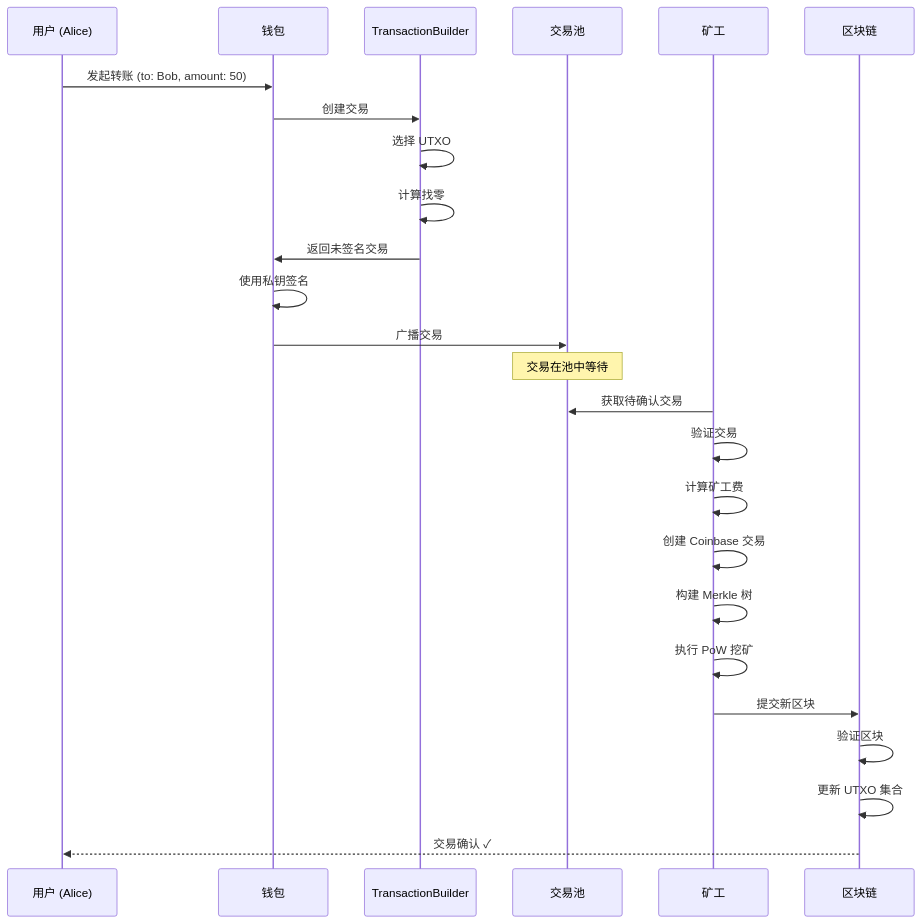
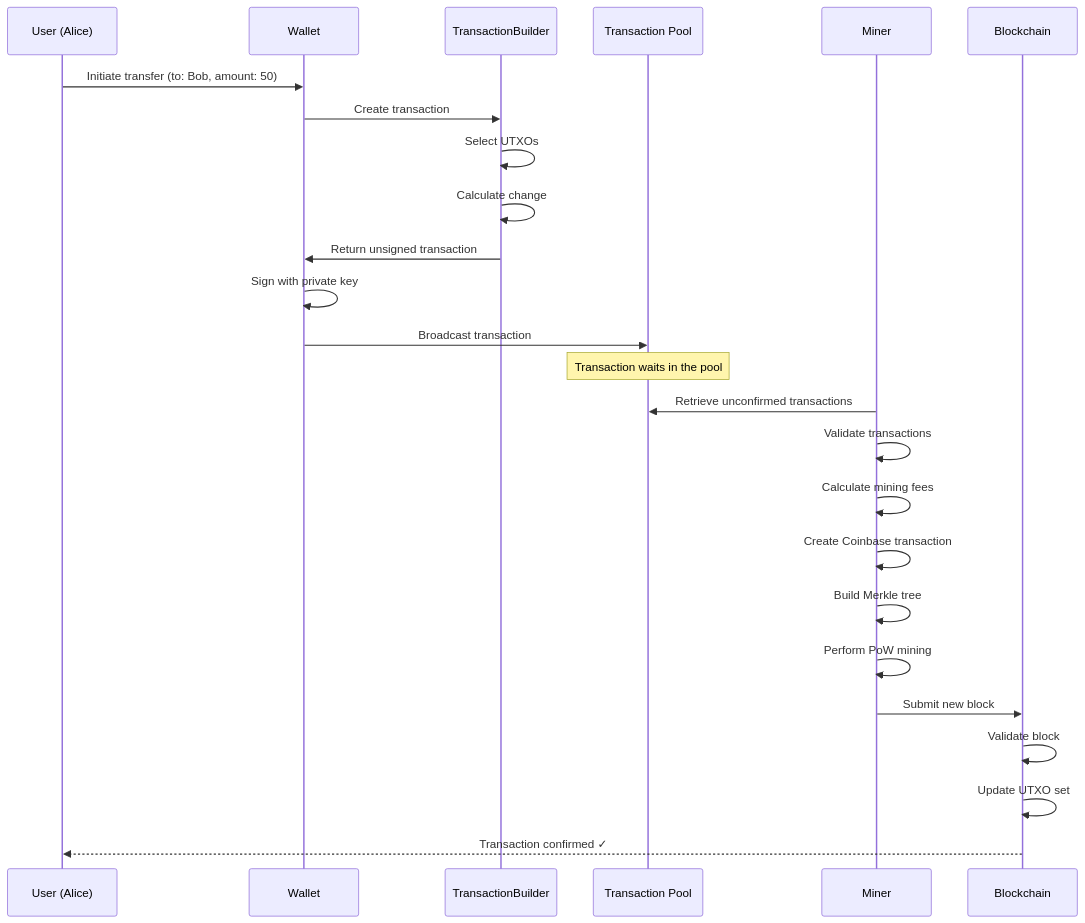
One commit to stefanSuYiGuo/bitcoin-simplifier changed the sixth of 8 diagrams in docs/TECH_DESIGN.md. Above: the diagram before and after it, drawn with Mermaid. The commit also changed other lines of this file, not shown here.

Commit message:
Detail the system architecture and component interactions

````diff
--- a/docs/TECH_DESIGN.md
+++ b/docs/TECH_DESIGN.md
@@ -802,30 +802,30 @@
 ```mermaid
 sequenceDiagram
-    participant U as 用户 (Alice)
-    participant W as 钱包
+    participant U as User (Alice)
+    participant W as Wallet
     participant TB as TransactionBuilder
-    participant TP as 交易池
-    participant M as 矿工
-    participant BC as 区块链
+    participant TP as Transaction Pool
+    participant M as Miner
+    participant BC as Blockchain
     
-    U->>W: 发起转账 (to: Bob, amount: 50)
-    W->>TB: 创建交易
-    TB->>TB: 选择 UTXO
-    TB->>TB: 计算找零
-    TB->>W: 返回未签名交易
-    W->>W: 使用私钥签名
-    W->>TP: 广播交易
+    U->>W: Initiate transfer (to: Bob, amount: 50)
+    W->>TB: Create transaction
+    TB->>TB: Select UTXOs
+    TB->>TB: Calculate change
+    TB->>W: Return unsigned transaction
+    W->>W: Sign with private key
+    W->>TP: Broadcast transaction
     
-    Note over TP: 交易在池中等待
+    Note over TP: Transaction waits in the pool
     
-    M->>TP: 获取待确认交易
-    M->>M: 验证交易
-    M->>M: 计算矿工费
-    M->>M: 创建 Coinbase 交易
-    M->>M: 构建 Merkle 树
-    M->>M: 执行 PoW 挖矿
-    M->>BC: 提交新区块
-    BC->>BC: 验证区块
-    BC->>BC: 更新 UTXO 集合
-    BC-->>U: 交易确认 ✓
+    M->>TP: Retrieve unconfirmed transactions
+    M->>M: Validate transactions
+    M->>M: Calculate mining fees
+    M->>M: Create Coinbase transaction
+    M->>M: Build Merkle tree
+    M->>M: Perform PoW mining
+    M->>BC: Submit new block
+    BC->>BC: Validate block
+    BC->>BC: Update UTXO set
+    BC-->>U: Transaction confirmed ✓
 ```
````
